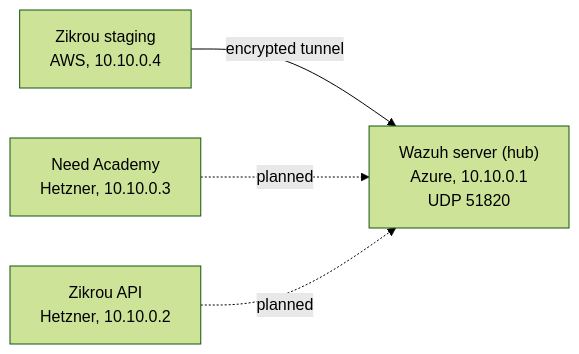
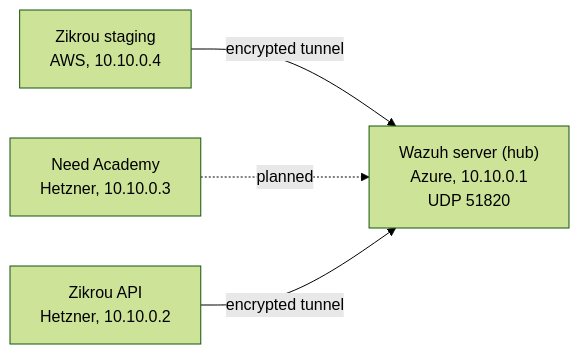
Before and after one commit to aliou27/production-security-monitoring: the diagram in docs/03-wireguard-network.md, drawn with Mermaid (forest theme). The commit also changed other lines of this file and 11 other files, not shown here.

````diff
--- a/docs/03-wireguard-network.md
+++ b/docs/03-wireguard-network.md
@@ -14,10 +14,10 @@
 ```mermaid
 flowchart LR
     S["Zikrou staging<br/>AWS, 10.10.0.4"]
     N["Need Academy<br/>Hetzner, 10.10.0.3"]
     Z["Zikrou API<br/>Hetzner, 10.10.0.2"]
     H["Wazuh server (hub)<br/>Azure, 10.10.0.1<br/>UDP 51820"]
     S -- "encrypted tunnel" --> H
     N -. "planned" .-> H
-    Z -. "planned" .-> H
+    Z -- "encrypted tunnel" --> H
 ```
````
